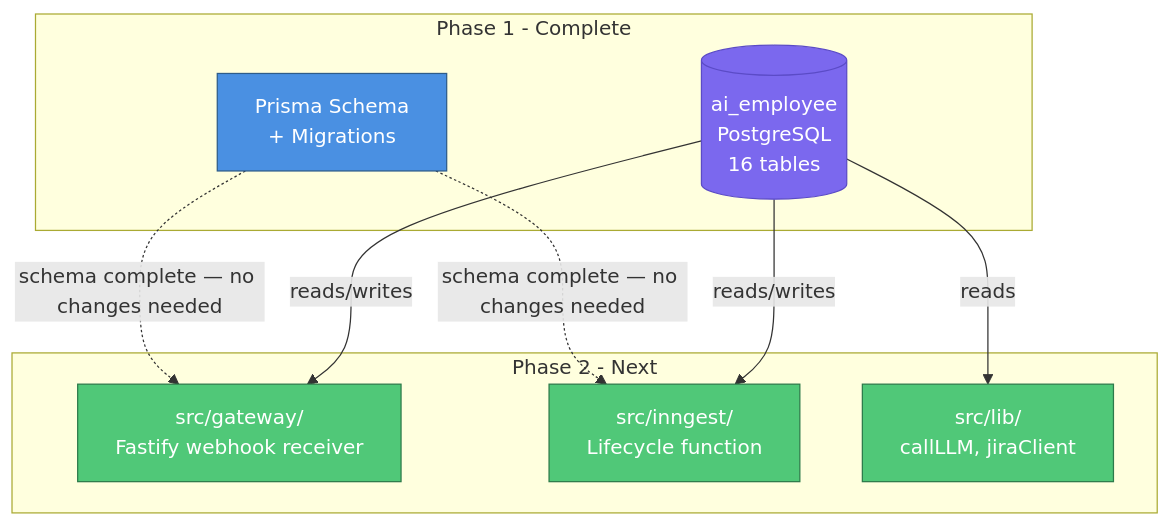
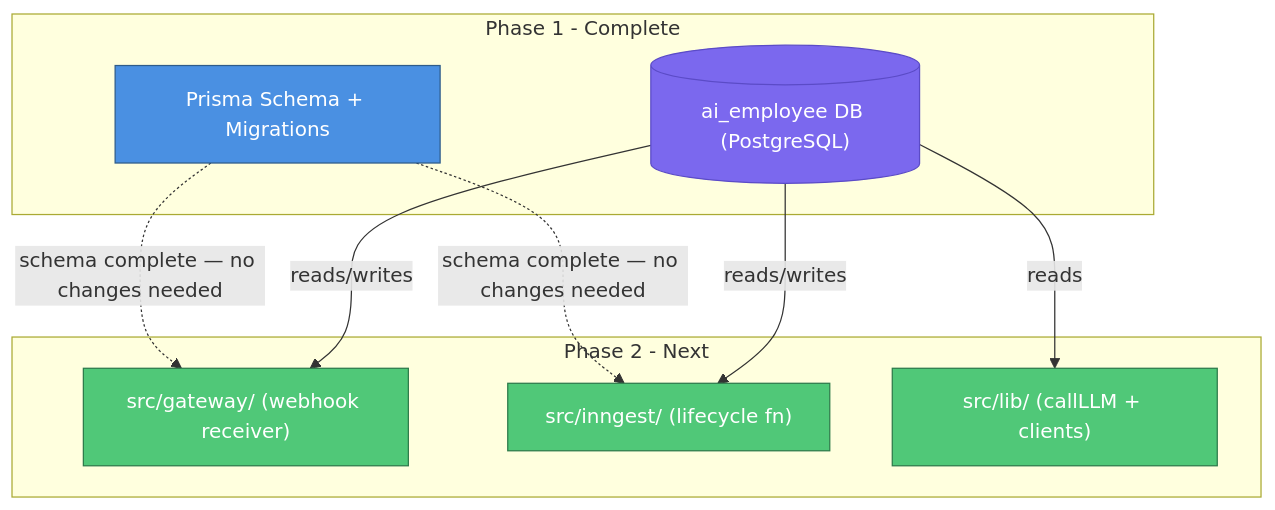
The sixth of 6 diagrams in docs/2026-03-26-1511-phase1-foundation.md (viiqswim/dozaldevs-ai-employee), drawn with Mermaid before and after one commit. The commit also changed other lines of this file, not shown here.

Commit message:
docs: remove \n from all mermaid node labels in phase1 doc

````diff
--- a/docs/2026-03-26-1511-phase1-foundation.md
+++ b/docs/2026-03-26-1511-phase1-foundation.md
@@ -389,23 +389,23 @@
 ```mermaid
 flowchart TD
     subgraph Phase 1 - Complete
-        DB[("ai_employee\nPostgreSQL\n16 tables")]:::storage
-        SCHEMA["Prisma Schema\n+ Migrations"]:::service
+        DB[("ai_employee DB (PostgreSQL)")]:::storage
+        SCHEMA["Prisma Schema + Migrations"]:::service
     end
 
     subgraph Phase 2 - Next
-        GW["src/gateway/\nFastify webhook receiver"]:::event
-        ING["src/inngest/\nLifecycle function"]:::event
-        LIB["src/lib/\ncallLLM, jiraClient"]:::event
+        GW["src/gateway/ (webhook receiver)"]:::event
+        ING["src/inngest/ (lifecycle fn)"]:::event
+        LIB["src/lib/ (callLLM + clients)"]:::event
     end
 
     DB -->|"reads/writes"| GW
     DB -->|"reads/writes"| ING
     DB -->|"reads"| LIB
     SCHEMA -.->|"schema complete — no changes needed"| GW
     SCHEMA -.->|"schema complete — no changes needed"| ING
 
     classDef storage fill:#7B68EE,stroke:#5B4BC7,color:#fff
     classDef service fill:#4A90E2,stroke:#2E5C8A,color:#fff
     classDef event fill:#50C878,stroke:#2D7A4A,color:#fff
 ```
````
